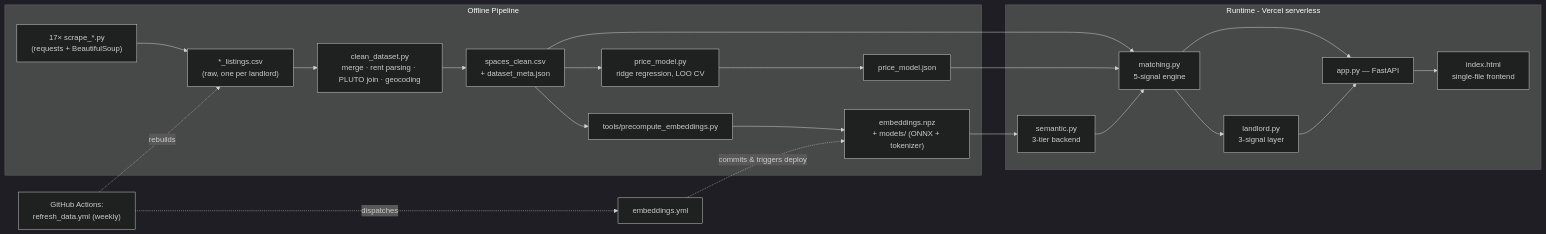
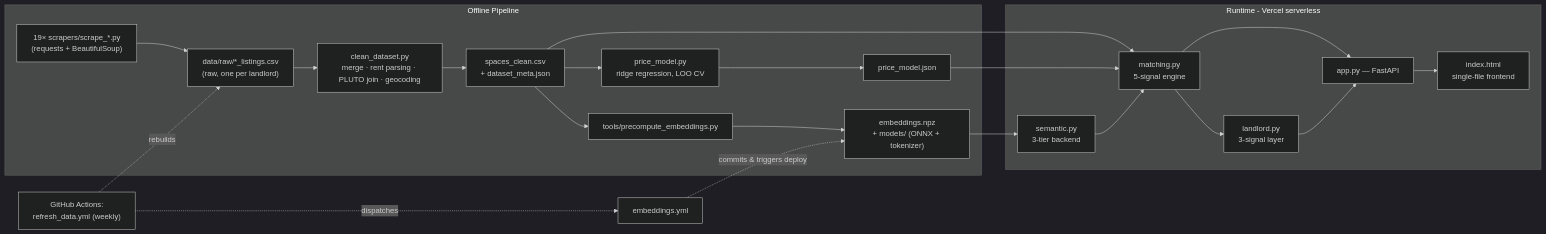
The diagram in README.md (gloloey/spacerank-nyc), drawn with Mermaid (dark theme) before and after one commit. The commit also changed other lines of this file and 22 other files, not shown here.

````diff
--- a/README.md
+++ b/README.md
@@ -83,27 +83,27 @@
 ```mermaid
 flowchart LR
     subgraph "Offline Pipeline"
-        A["17× scrape_*.py<br/>(requests + BeautifulSoup)"] --> B["*_listings.csv<br/>(raw, one per landlord)"]
+        A["19× scrapers/scrape_*.py<br/>(requests + BeautifulSoup)"] --> B["data/raw/*_listings.csv<br/>(raw, one per landlord)"]
         B --> C["clean_dataset.py<br/>merge · rent parsing · PLUTO join · geocoding"]
         C --> D["spaces_clean.csv<br/>+ dataset_meta.json"]
         D --> E["price_model.py<br/>ridge regression, LOO CV"]
         E --> F["price_model.json"]
         D --> G["tools/precompute_embeddings.py"]
         G --> H["embeddings.npz<br/>+ models/ (ONNX + tokenizer)"]
     end
 
     subgraph "Runtime - Vercel serverless"
         D --> I["matching.py<br/>5-signal engine"]
         F --> I
         H --> J["semantic.py<br/>3-tier backend"]
         J --> I
         I --> K["landlord.py<br/>3-signal layer"]
         I --> L["app.py — FastAPI"]
         K --> L
         L --> M["index.html<br/>single-file frontend"]
     end
 
     N["GitHub Actions:<br/>refresh_data.yml (weekly)"] -.rebuilds.-> B
     N -.dispatches.-> O["embeddings.yml"]
     O -.commits & triggers deploy.-> H
 ```
````
